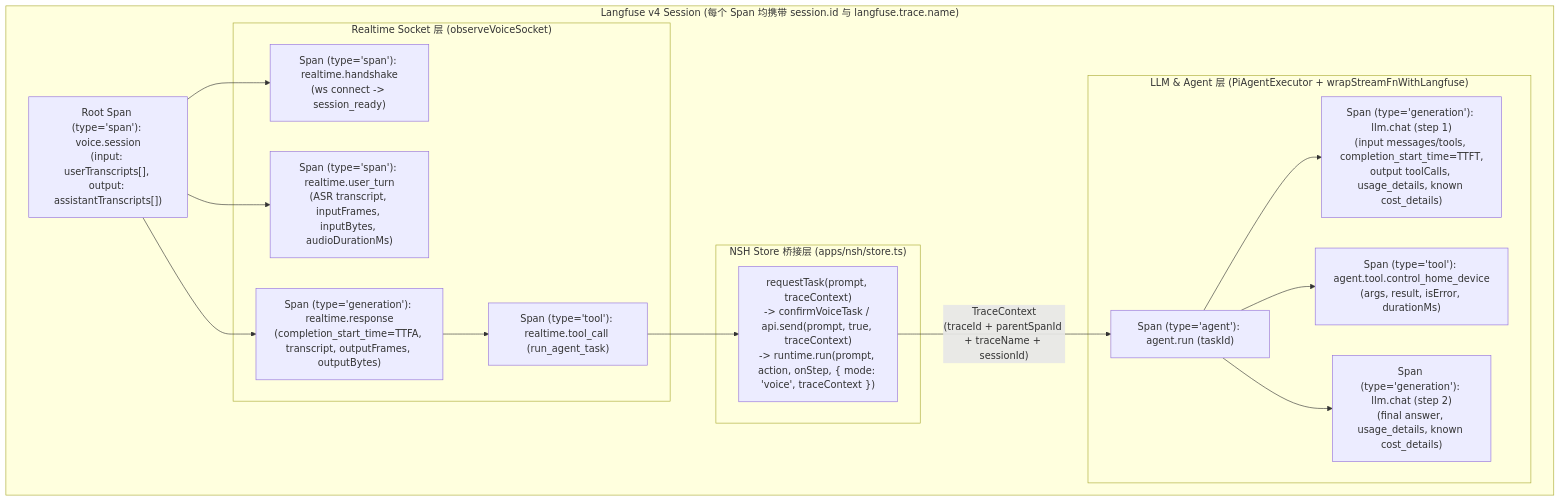
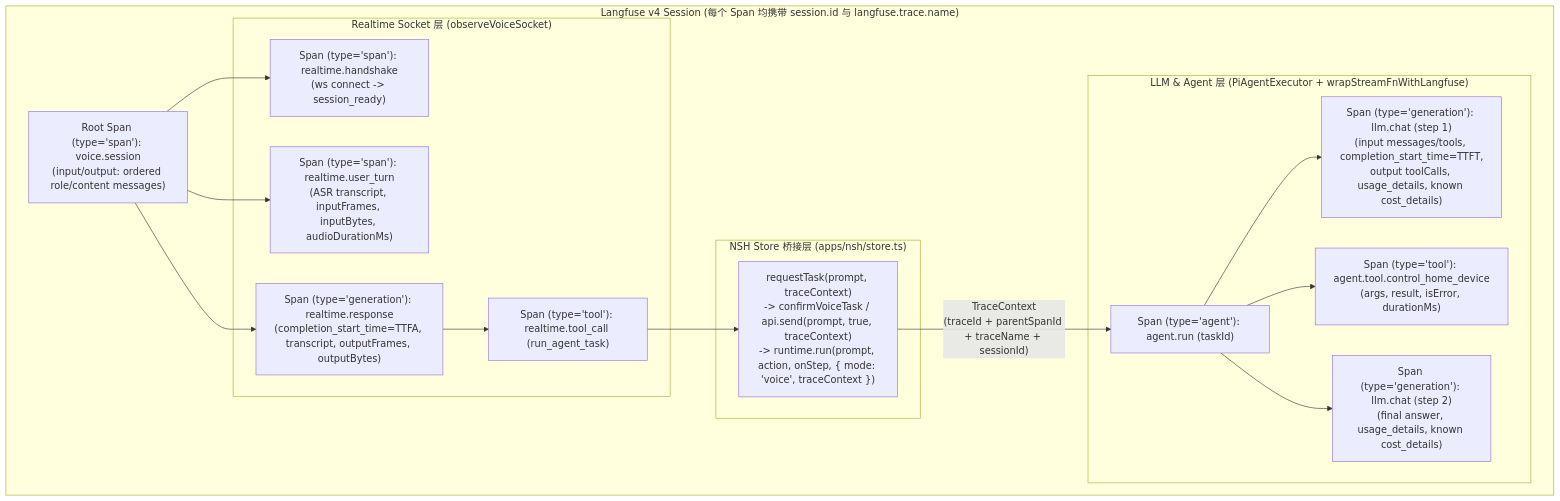
One commit to GrinZero/super-looi changed the diagram in docs/plans/langfuse-realtime-llm-observability-plan.md. Above: the diagram before and after it, drawn with Mermaid. The commit also changed other lines of this file and 6 other files, not shown here.

Commit message:
fix: show user turns in Langfuse voice sessions

````diff
--- a/docs/plans/langfuse-realtime-llm-observability-plan.md
+++ b/docs/plans/langfuse-realtime-llm-observability-plan.md
@@ -155,34 +155,34 @@
 ```mermaid
 flowchart TD
     subgraph Session["Langfuse v4 Session (每个 Span 均携带 session.id 与 langfuse.trace.name)"]
-        RootSpan["Root Span (type='span'): voice.session\n(input: userTranscripts[], output: assistantTranscripts[])"]
+        RootSpan["Root Span (type='span'): voice.session\n(input/output: ordered role/content messages)"]
 
         subgraph RealtimeLayer["Realtime Socket 层 (observeVoiceSocket)"]
             Handshake["Span (type='span'): realtime.handshake\n(ws connect -> session_ready)"]
             UserTurn["Span (type='span'): realtime.user_turn\n(ASR transcript, inputFrames, inputBytes, audioDurationMs)"]
             ModelResp["Span (type='generation'): realtime.response\n(completion_start_time=TTFA, transcript, outputFrames, outputBytes)"]
             VoiceTool["Span (type='tool'): realtime.tool_call (run_agent_task)"]
         end
 
         subgraph StoreBridge["NSH Store 桥接层 (apps/nsh/store.ts)"]
             ApiSend["requestTask(prompt, traceContext)\n-> confirmVoiceTask / api.send(prompt, true, traceContext)\n-> runtime.run(prompt, action, onStep, { mode: 'voice', traceContext })"]
         end
 
         subgraph LlmLayer["LLM & Agent 层 (PiAgentExecutor + wrapStreamFnWithLangfuse)"]
             AgentRun["Span (type='agent'): agent.run (taskId)"]
             Gen1["Span (type='generation'): llm.chat (step 1)\n(input messages/tools, completion_start_time=TTFT,\noutput toolCalls, usage_details, known cost_details)"]
             ToolExec["Span (type='tool'): agent.tool.control_home_device\n(args, result, isError, durationMs)"]
             Gen2["Span (type='generation'): llm.chat (step 2)\n(final answer, usage_details, known cost_details)"]
         end
 
         RootSpan --> Handshake
         RootSpan --> UserTurn
         RootSpan --> ModelResp
         ModelResp --> VoiceTool
         VoiceTool --> ApiSend
         ApiSend -->|"TraceContext\n(traceId + parentSpanId + traceName + sessionId)"| AgentRun
         AgentRun --> Gen1
         AgentRun --> ToolExec
         AgentRun --> Gen2
     end
 ```
````
